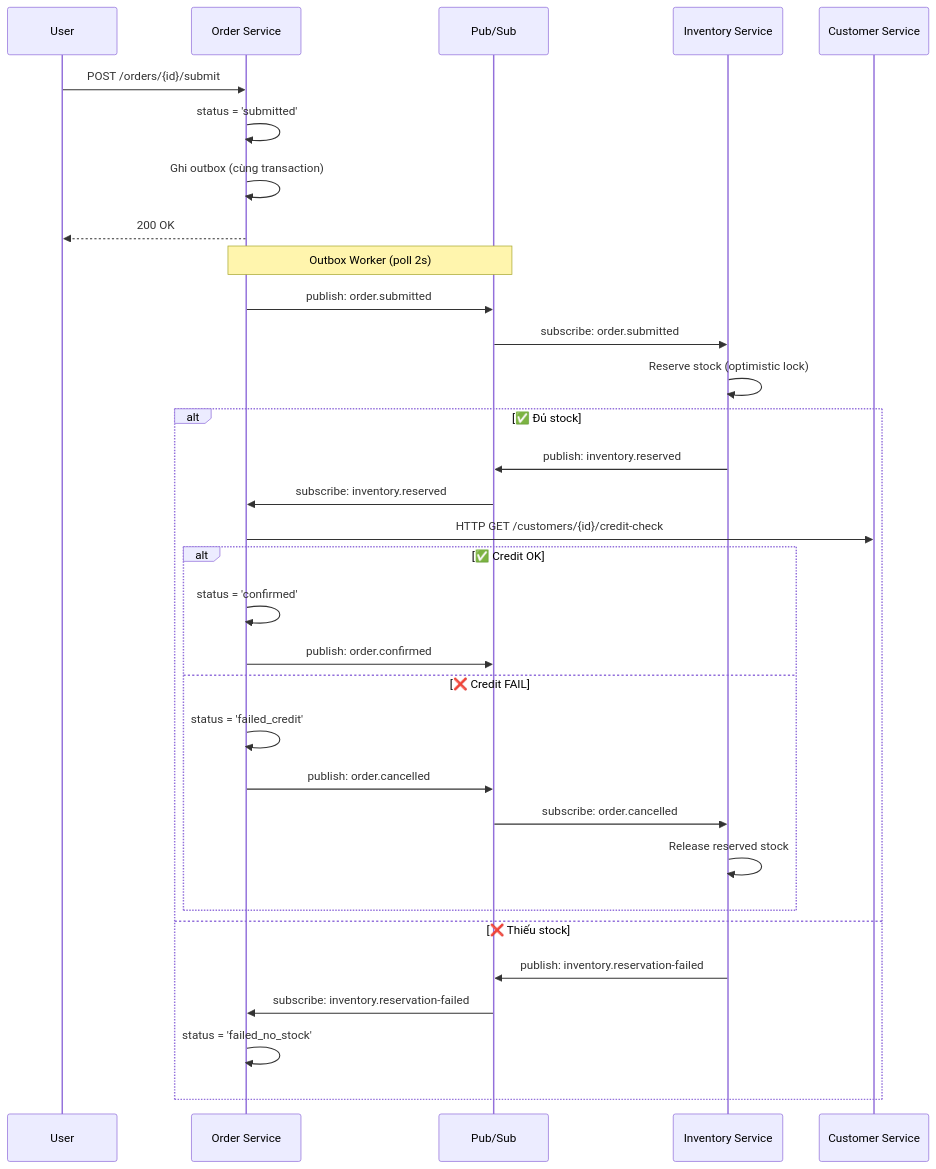
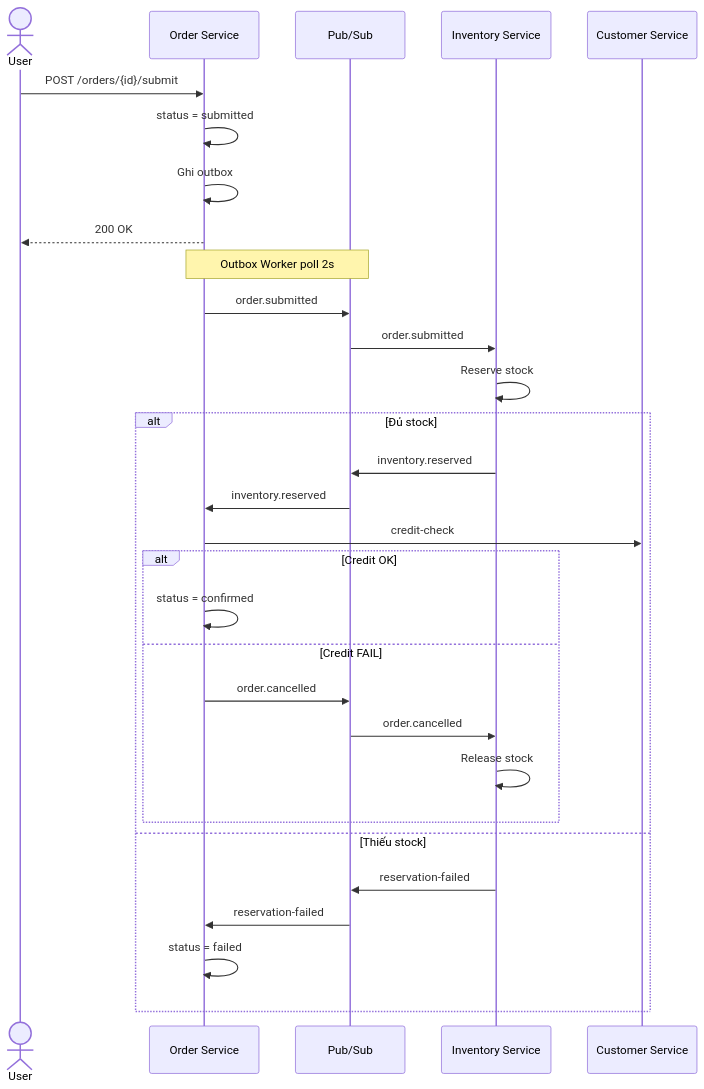
The seventh of 9 diagrams in docs/architecture/system-overview.md (ndmthuan97/ERP-Prototype-Example), drawn with Mermaid before and after one commit. The commit also changed other lines of this file, not shown here.

Commit message:
docs: rewrite diagrams — clean B/W, no overlap, split into focused charts

````diff
--- a/docs/architecture/system-overview.md
+++ b/docs/architecture/system-overview.md
@@ -178,38 +176,36 @@
 ```mermaid
 sequenceDiagram
-    participant User
-    participant OrderSvc as Order Service
-    participant PubSub as Pub/Sub
-    participant InvSvc as Inventory Service
-    participant CustSvc as Customer Service
+    actor User
+    participant Order as Order Service
+    participant PS as Pub/Sub
+    participant Inv as Inventory Service
+    participant Cust as Customer Service
 
-    User->>OrderSvc: POST /orders/{id}/submit
-    OrderSvc->>OrderSvc: status = 'submitted'
-    OrderSvc->>OrderSvc: Ghi outbox (cùng transaction)
-    OrderSvc-->>User: 200 OK
+    User->>Order: POST /orders/{id}/submit
+    Order->>Order: status = submitted
+    Order->>Order: Ghi outbox
+    Order-->>User: 200 OK
 
-    Note over OrderSvc,PubSub: Outbox Worker (poll 2s)
-    OrderSvc->>PubSub: publish: order.submitted
+    Note over Order,PS: Outbox Worker poll 2s
+    Order->>PS: order.submitted
 
-    PubSub->>InvSvc: subscribe: order.submitted
-    InvSvc->>InvSvc: Reserve stock (optimistic lock)
+    PS->>Inv: order.submitted
+    Inv->>Inv: Reserve stock
 
-    alt ✅ Đủ stock
-        InvSvc->>PubSub: publish: inventory.reserved
-        PubSub->>OrderSvc: subscribe: inventory.reserved
-        OrderSvc->>CustSvc: HTTP GET /customers/{id}/credit-check
-        alt ✅ Credit OK
-            OrderSvc->>OrderSvc: status = 'confirmed'
-            OrderSvc->>PubSub: publish: order.confirmed
-        else ❌ Credit FAIL
-            OrderSvc->>OrderSvc: status = 'failed_credit'
-            OrderSvc->>PubSub: publish: order.cancelled
-            PubSub->>InvSvc: subscribe: order.cancelled
-            InvSvc->>InvSvc: Release reserved stock
+    alt Đủ stock
+        Inv->>PS: inventory.reserved
+        PS->>Order: inventory.reserved
+        Order->>Cust: credit-check
+        alt Credit OK
+            Order->>Order: status = confirmed
+        else Credit FAIL
+            Order->>PS: order.cancelled
+            PS->>Inv: order.cancelled
+            Inv->>Inv: Release stock
         end
-    else ❌ Thiếu stock
-        InvSvc->>PubSub: publish: inventory.reservation-failed
-        PubSub->>OrderSvc: subscribe: inventory.reservation-failed
-        OrderSvc->>OrderSvc: status = 'failed_no_stock'
+    else Thiếu stock
+        Inv->>PS: reservation-failed
+        PS->>Order: reservation-failed
+        Order->>Order: status = failed
     end
 ```
````
